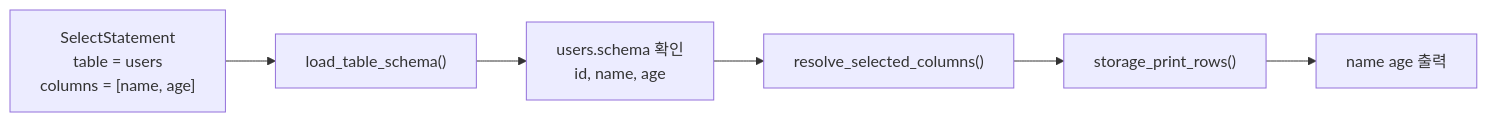
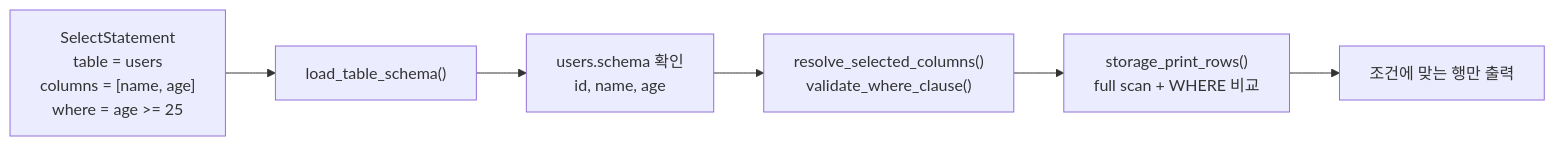
Before and after one commit to Jungle-12-303/week6-team5-sql: the fifth of 13 diagrams in README.md, drawn with Mermaid. The commit also changed other lines of this file and 9 other files, not shown here.

First line of the commit message:
Add full scan WHERE와 시간 출력

````diff
--- a/README.md
+++ b/README.md
@@ -67,8 +67,8 @@
 ```mermaid
 flowchart LR
-    A["SelectStatement<br/>table = users<br/>columns = [name, age]"] --> B["load_table_schema()"]
+    A["SelectStatement<br/>table = users<br/>columns = [name, age]<br/>where = age >= 25"] --> B["load_table_schema()"]
     B --> C["users.schema 확인<br/>id, name, age"]
-    C --> D["resolve_selected_columns()"]
-    D --> E["storage_print_rows()"]
-    E --> F["name age 출력"]
+    C --> D["resolve_selected_columns()<br/>validate_where_clause()"]
+    D --> E["storage_print_rows()<br/>full scan + WHERE 비교"]
+    E --> F["조건에 맞는 행만 출력"]
 ```
````
